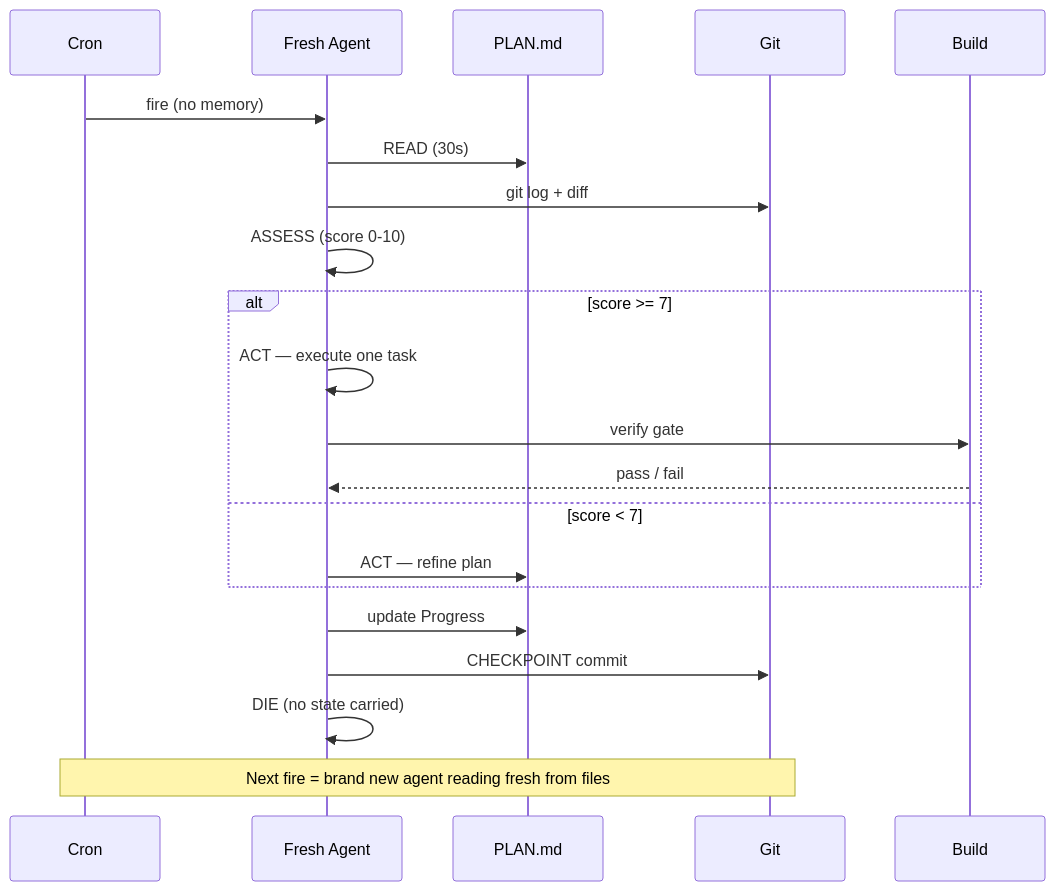
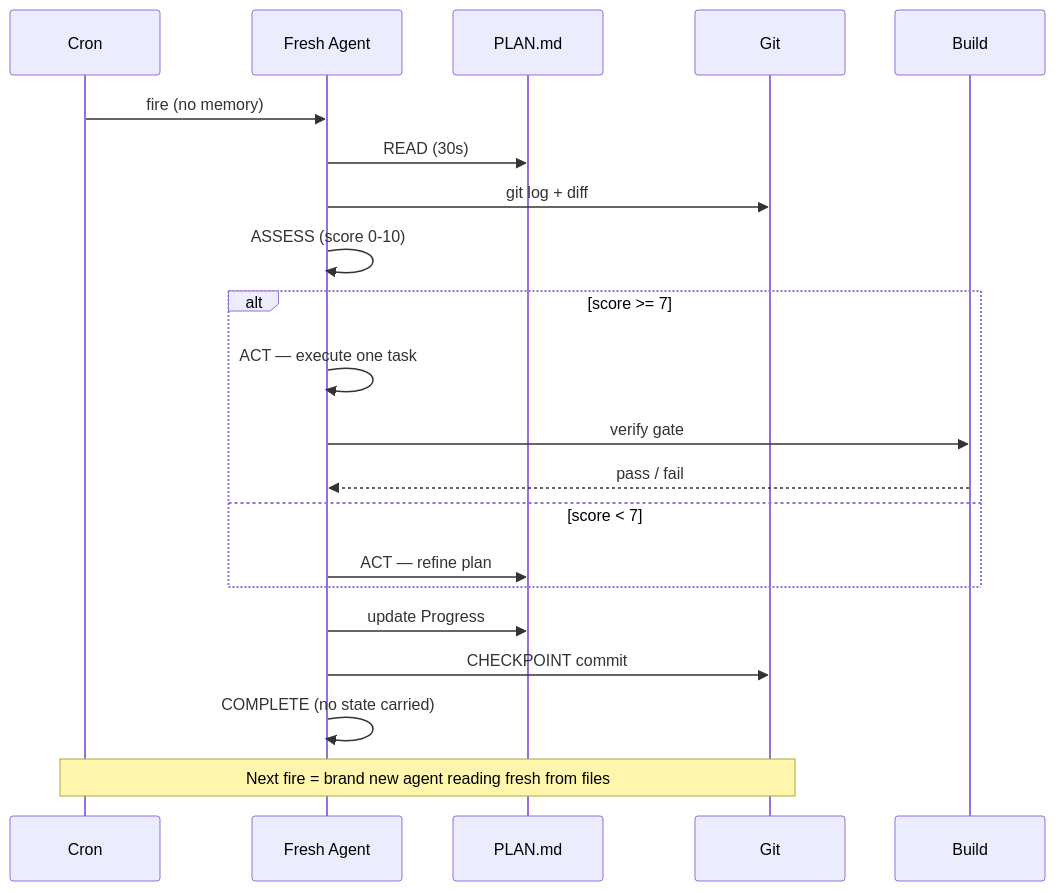
One commit to leojkwan/vidux changed the diagram in LOOP.md. Above: the diagram before and after it, drawn with Mermaid. The commit also changed other lines of this file and 5 other files, not shown here.

````diff
--- a/LOOP.md
+++ b/LOOP.md
@@ -13,24 +13,24 @@
 ```mermaid
 sequenceDiagram
     participant Cron
     participant Agent as Fresh Agent
     participant Plan as PLAN.md
     participant Git
     participant Build
 
     Cron->>Agent: fire (no memory)
     Agent->>Plan: READ (30s)
     Agent->>Git: git log + diff
     Agent->>Agent: ASSESS (score 0-10)
     alt score >= 7
         Agent->>Agent: ACT — execute one task
         Agent->>Build: verify gate
         Build-->>Agent: pass / fail
     else score < 7
         Agent->>Plan: ACT — refine plan
     end
     Agent->>Plan: update Progress
     Agent->>Git: CHECKPOINT commit
-    Agent->>Agent: DIE (no state carried)
+    Agent->>Agent: COMPLETE (no state carried)
     Note over Cron,Git: Next fire = brand new agent reading fresh from files
 ```
````
